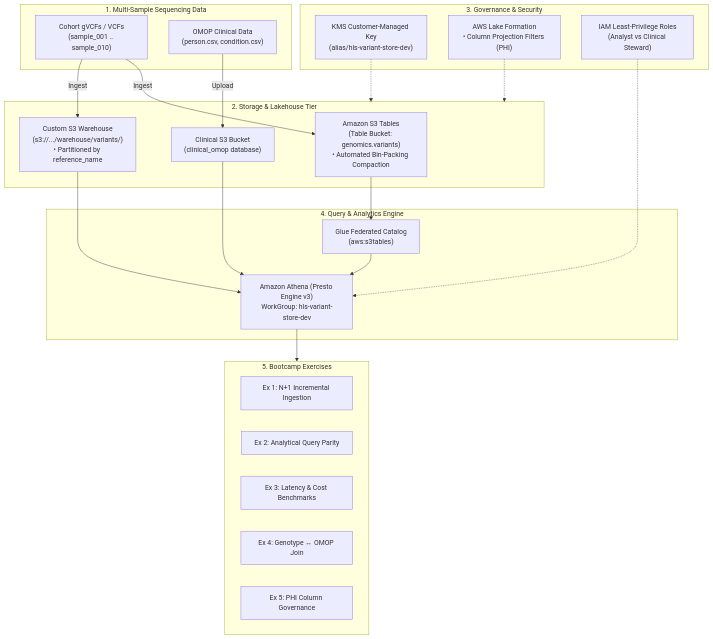
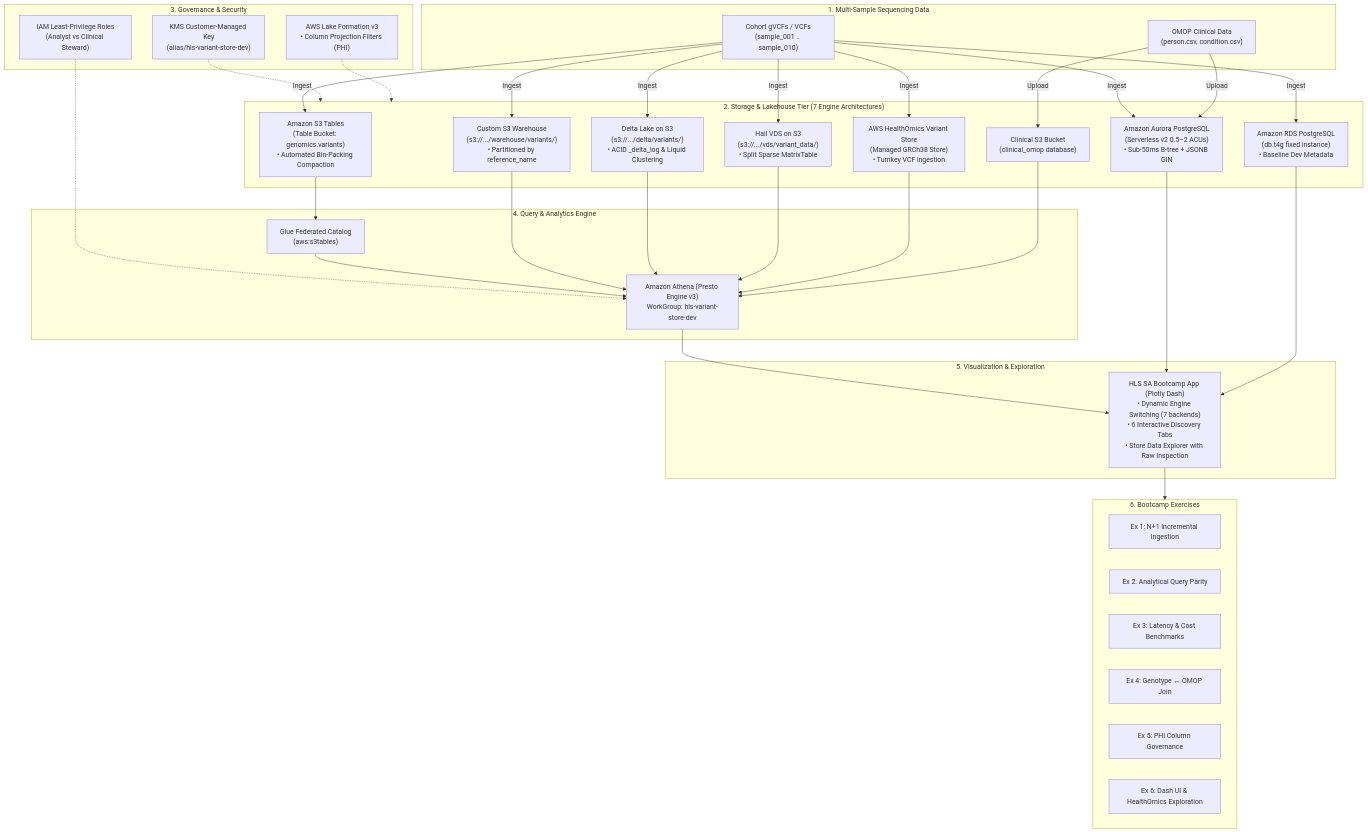
One commit to anothernoise/hls-variant-store-aws changed the diagram in docs/exercises.md. Above: the diagram before and after it, drawn with Mermaid. The commit also changed other lines of this file, not shown here.

Commit message:
docs(exercises): add comprehensive problem statement, architectural challenges, and learning objectives

````diff
--- a/docs/exercises.md
+++ b/docs/exercises.md
@@ -15,46 +76,57 @@
 ```mermaid
 flowchart TD
     subgraph Ingest["1. Multi-Sample Sequencing Data"]
         VCF["Cohort gVCFs / VCFs<br/>(sample_001 .. sample_010)"]
         OMOP_RAW["OMOP Clinical Data<br/>(person.csv, condition.csv)"]
     end
 
-    subgraph Storage["2. Storage & Lakehouse Tier"]
+    subgraph Storage["2. Storage & Lakehouse Tier (7 Engine Architectures)"]
         S3T["Amazon S3 Tables<br/>(Table Bucket: genomics.variants)<br/>• Automated Bin-Packing Compaction"]
         S3C["Custom S3 Warehouse<br/>(s3://.../warehouse/variants/)<br/>• Partitioned by reference_name"]
+        DELTA["Delta Lake on S3<br/>(s3://.../delta/variants/)<br/>• ACID _delta_log & Liquid Clustering"]
+        HAIL["Hail VDS on S3<br/>(s3://.../vds/variant_data/)<br/>• Split Sparse MatrixTable"]
+        AURORA["Amazon Aurora PostgreSQL<br/>(Serverless v2 0.5–2 ACUs)<br/>• Sub-50ms B-tree + JSONB GIN"]
+        RDS["Amazon RDS PostgreSQL<br/>(db.t4g fixed instance)<br/>• Baseline Dev Metadata"]
+        OMICS["AWS HealthOmics Variant Store<br/>(Managed GRCh38 Store)<br/>• Turnkey VCF ingestion"]
         S3O["Clinical S3 Bucket<br/>(clinical_omop database)"]
     end
 
     subgraph Security["3. Governance & Security"]
         KMS["KMS Customer-Managed Key<br/>(alias/hls-variant-store-dev)"]
-        LF["AWS Lake Formation<br/>• Column Projection Filters (PHI)"]
+        LF["AWS Lake Formation v3<br/>• Column Projection Filters (PHI)"]
         IAM["IAM Least-Privilege Roles<br/>(Analyst vs Clinical Steward)"]
     end
 
     subgraph QueryEngine["4. Query & Analytics Engine"]
         ATHENA["Amazon Athena (Presto Engine v3)<br/>WorkGroup: hls-variant-store-dev"]
         FED["Glue Federated Catalog<br/>(aws:s3tables)"]
     end
 
-    subgraph Exercises["5. Bootcamp Exercises"]
+    subgraph UI_UX["5. Visualization & Exploration"]
+        DASH["HLS SA Bootcamp App (Plotly Dash)<br/>• Dynamic Engine Switching (7 backends)<br/>• 6 Interactive Discovery Tabs<br/>• Store Data Explorer with Raw Inspection"]
+    end
+
+    subgraph Exercises["6. Bootcamp Exercises"]
         E1["Ex 1: N+1 Incremental Ingestion"]
         E2["Ex 2: Analytical Query Parity"]
         E3["Ex 3: Latency & Cost Benchmarks"]
         E4["Ex 4: Genotype ↔ OMOP Join"]
         E5["Ex 5: PHI Column Governance"]
+        E6["Ex 6: Dash UI & HealthOmics Exploration"]
     end
 
-    VCF -->|Ingest| S3T
-    VCF -->|Ingest| S3C
-    OMOP_RAW -->|Upload| S3O
+    VCF -->|Ingest| S3T & S3C & DELTA & HAIL & AURORA & RDS & OMICS
+    OMOP_RAW -->|Upload| S3O & AURORA
 
     KMS -.-> Storage
     LF -.-> Storage
     IAM -.-> ATHENA
 
     S3T --> FED --> ATHENA
-    S3C --> ATHENA
+    S3C & DELTA & HAIL & OMICS --> ATHENA
     S3O --> ATHENA
 
-    ATHENA --> Exercises
+    ATHENA --> DASH
+    AURORA & RDS --> DASH
+    DASH --> Exercises
 ```
````
